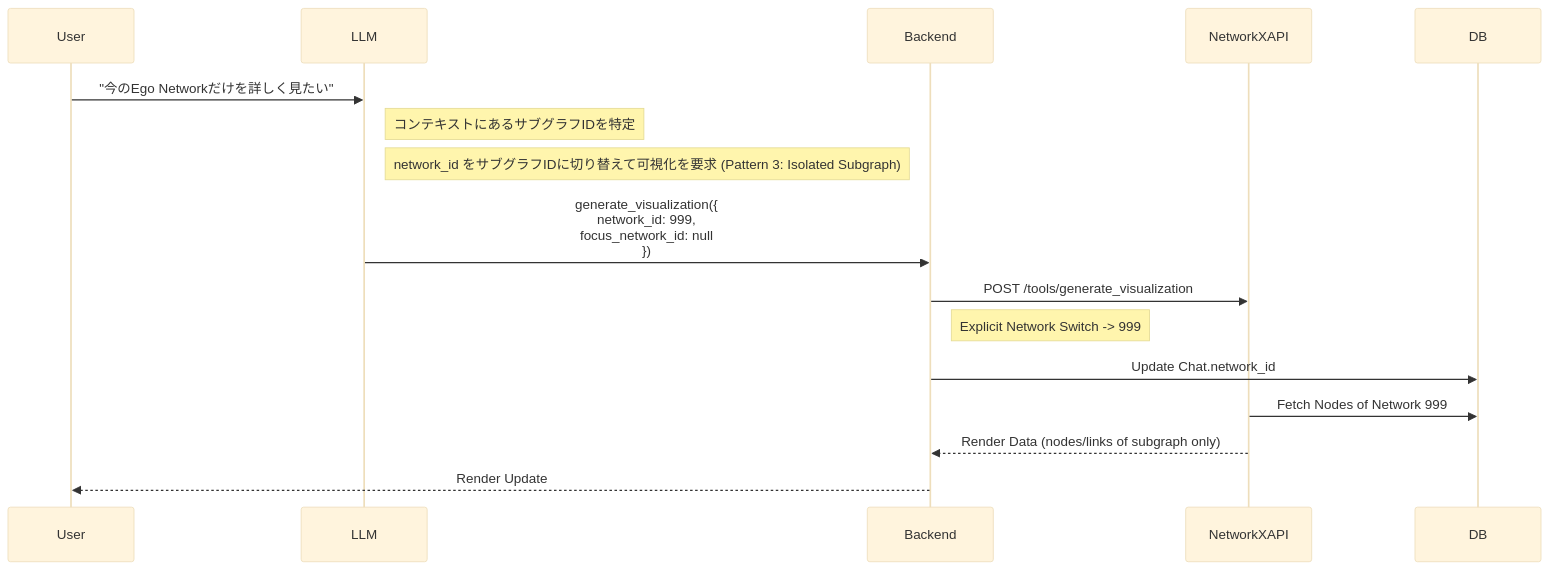
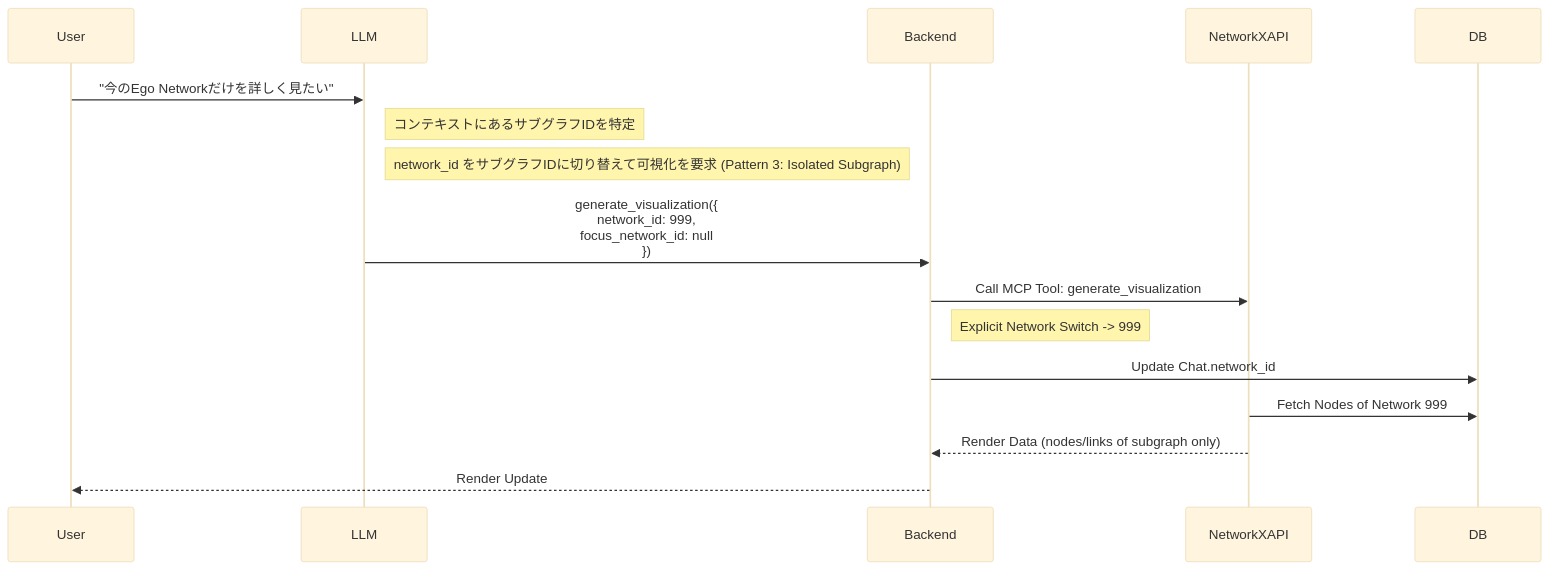
One commit to vdslab/LLMGraphvis changed the eighth of 9 diagrams in specification/2_Technical_Details/6_Core_Workflows.md. Above: the diagram before and after it, drawn with Mermaid (base theme). The commit also changed other lines of this file and 19 other files, not shown here.

Commit message:
refactor: Reimplement LLM tool and network service communication using a new MCP client/server with SSE, removing old tool implementations.

````diff
--- a/specification/2_Technical_Details/6_Core_Workflows.md
+++ b/specification/2_Technical_Details/6_Core_Workflows.md
@@ -347,23 +347,23 @@
 ```mermaid
 sequenceDiagram
     participant User
     participant LLM
     participant Backend
     participant NetworkXAPI
     participant DB
 
     User->>LLM: "今のEgo Networkだけを詳しく見たい"
     
     note right of LLM: コンテキストにあるサブグラフIDを特定
     
     note right of LLM: network_id をサブグラフIDに切り替えて可視化を要求 (Pattern 3: Isolated Subgraph)
     LLM->>Backend: generate_visualization({<br/>  network_id: 999, <br/>  focus_network_id: null <br/>})
-    Backend->>NetworkXAPI: POST /tools/generate_visualization
+    Backend->>NetworkXAPI: Call MCP Tool: generate_visualization
     
     note right of Backend: Explicit Network Switch -> 999
     Backend->>DB: Update Chat.network_id
 
     NetworkXAPI->>DB: Fetch Nodes of Network 999
     NetworkXAPI-->>Backend: Render Data (nodes/links of subgraph only)
     Backend-->>User: Render Update
 ```
````
